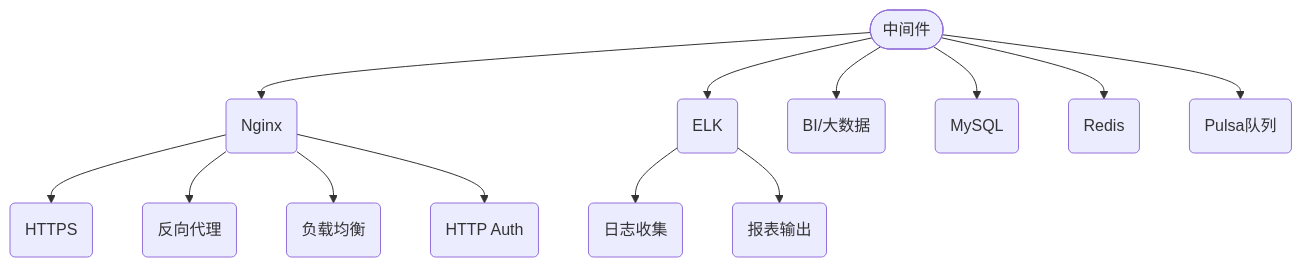
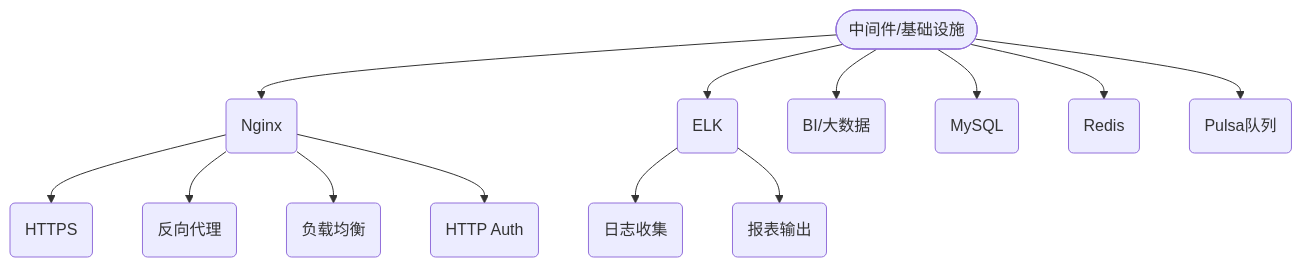
The seventh of 7 diagrams in _posts/2021-07-26-3-month-sharing.md (dengqinghua/dengqinghua.github.io), drawn with Mermaid before and after one commit. The commit also changed other lines of this file and 2 other files, not shown here.

```diff
--- a/_posts/2021-07-26-3-month-sharing.md
+++ b/_posts/2021-07-26-3-month-sharing.md
@@ -515,19 +521,19 @@
 <div class="mermaid" markdown="0">
 graph TB;
-    sys([中间件]);
+    sys([中间件/基础设施 ]);
     sys0(Nginx);
     sys00(HTTPS);
     sys01(反向代理);
     sys02(负载均衡);
     sys03(HTTP Auth);
     sys1(ELK);
     sys11(日志收集);
     sys12(报表输出);
     sys2(BI/大数据);
     sys3(MySQL);
     sys4(Redis);
     sys5(Pulsa队列);
     sys-->sys0 & sys1 & sys2 & sys3 & sys4 & sys5;
     sys0-->sys00 & sys01 & sys02 & sys03;
     sys1-->sys11 & sys12;
 </div>
```
